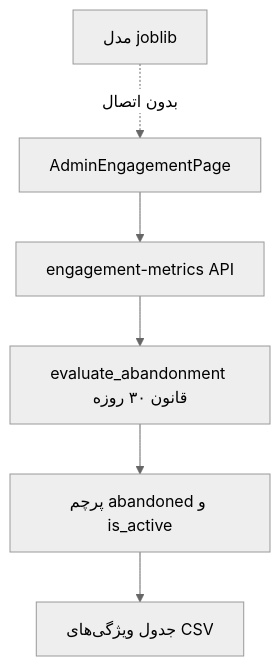
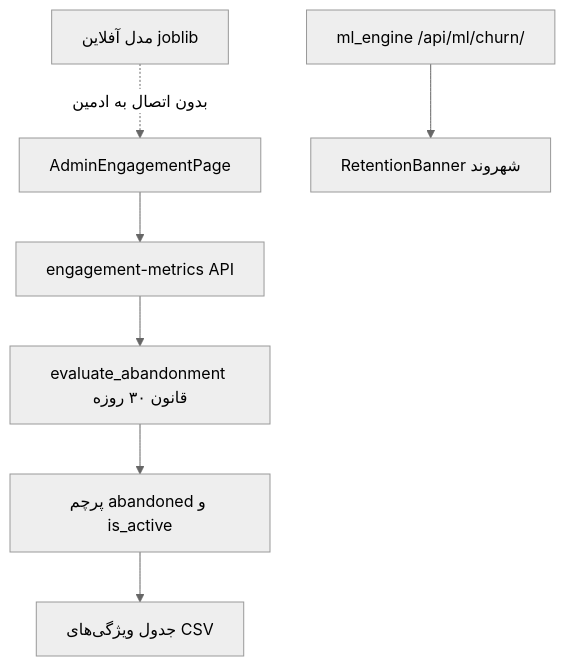
The second of 2 diagrams in docs/thesis/06_CHAPTER6_FA.md (rozhrafiee/ctlg), drawn with Mermaid (neutral theme) before and after one commit. The commit also changed other lines of this file and 10 other files, not shown here.

Commit message:
Align thesis docs with live ml_engine and dual churn tracks.

````diff
--- a/docs/thesis/06_CHAPTER6_FA.md
+++ b/docs/thesis/06_CHAPTER6_FA.md
@@ -88,8 +89,9 @@
 ```mermaid
 flowchart TD
   A[AdminEngagementPage] --> B[engagement-metrics API]
   B --> C[evaluate_abandonment قانون ۳۰ روزه]
   C --> D[پرچم abandoned و is_active]
   D --> E[جدول ویژگی‌های CSV]
-  F[مدل joblib] -.->|بدون اتصال| A
+  F[مدل آفلاین joblib] -.->|بدون اتصال به ادمین| A
+  G[ml_engine /api/ml/churn/] --> H[RetentionBanner شهروند]
 ```
````
